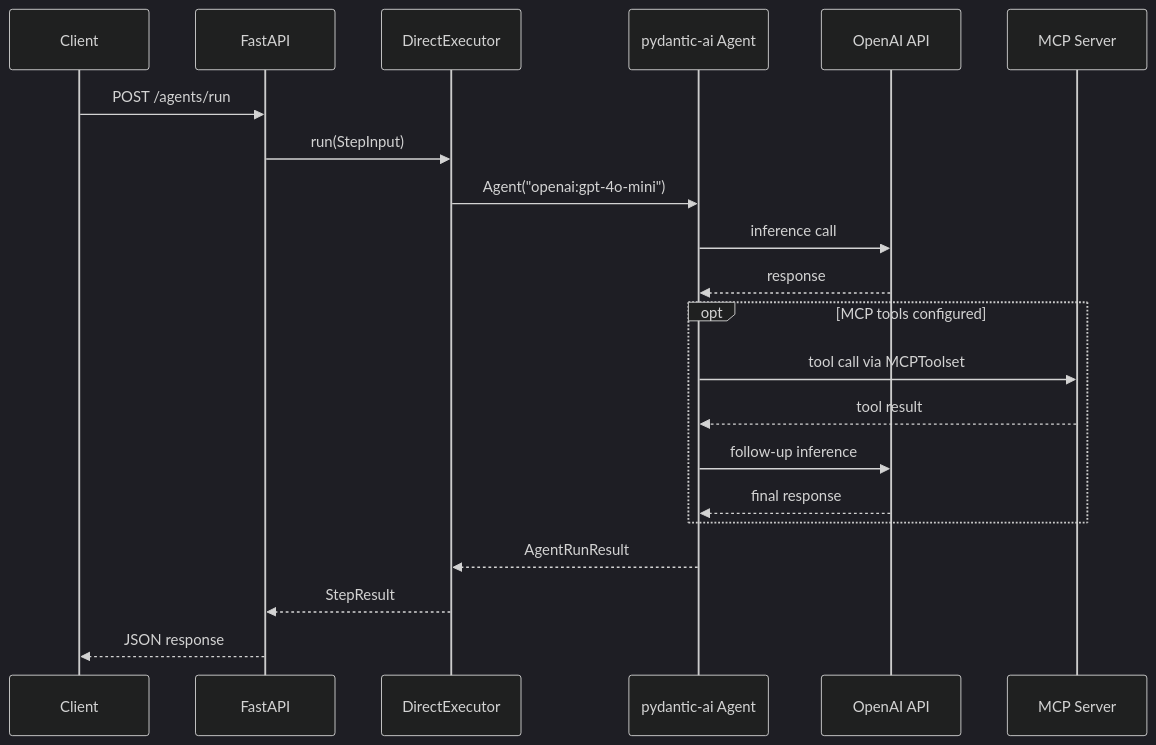
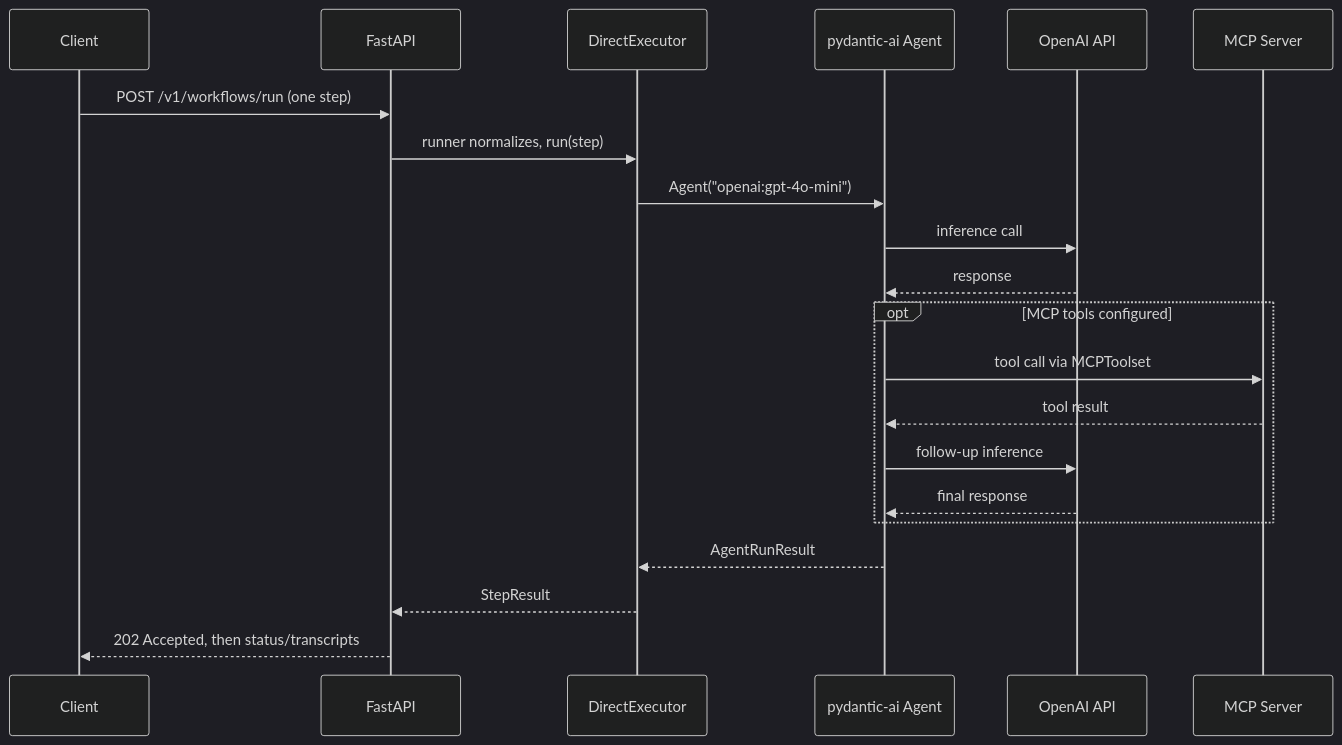
Before and after one commit to jameswnl/lightspeed-stack: the second of 9 diagrams in docs/design/cloud-agents/integration-architecture.md, drawn with Mermaid (dark theme). The commit also changed other lines of this file and 23 other files, not shown here.

````diff
--- a/docs/design/cloud-agents/integration-architecture.md
+++ b/docs/design/cloud-agents/integration-architecture.md
@@ -56,24 +55,24 @@
 ```mermaid
 sequenceDiagram
     participant Client
     participant FastAPI
     participant DirectExecutor
     participant Agent as pydantic-ai Agent
     participant LLM as OpenAI API
     participant MCP as MCP Server
 
-    Client->>FastAPI: POST /agents/run
-    FastAPI->>DirectExecutor: run(StepInput)
+    Client->>FastAPI: POST /v1/workflows/run (one step)
+    FastAPI->>DirectExecutor: runner normalizes, run(step)
     DirectExecutor->>Agent: Agent("openai:gpt-4o-mini")
     Agent->>LLM: inference call
     LLM-->>Agent: response
     opt MCP tools configured
         Agent->>MCP: tool call via MCPToolset
         MCP-->>Agent: tool result
         Agent->>LLM: follow-up inference
         LLM-->>Agent: final response
     end
     Agent-->>DirectExecutor: AgentRunResult
     DirectExecutor-->>FastAPI: StepResult
-    FastAPI-->>Client: JSON response
+    FastAPI-->>Client: 202 Accepted, then status/transcripts
 ```
````
